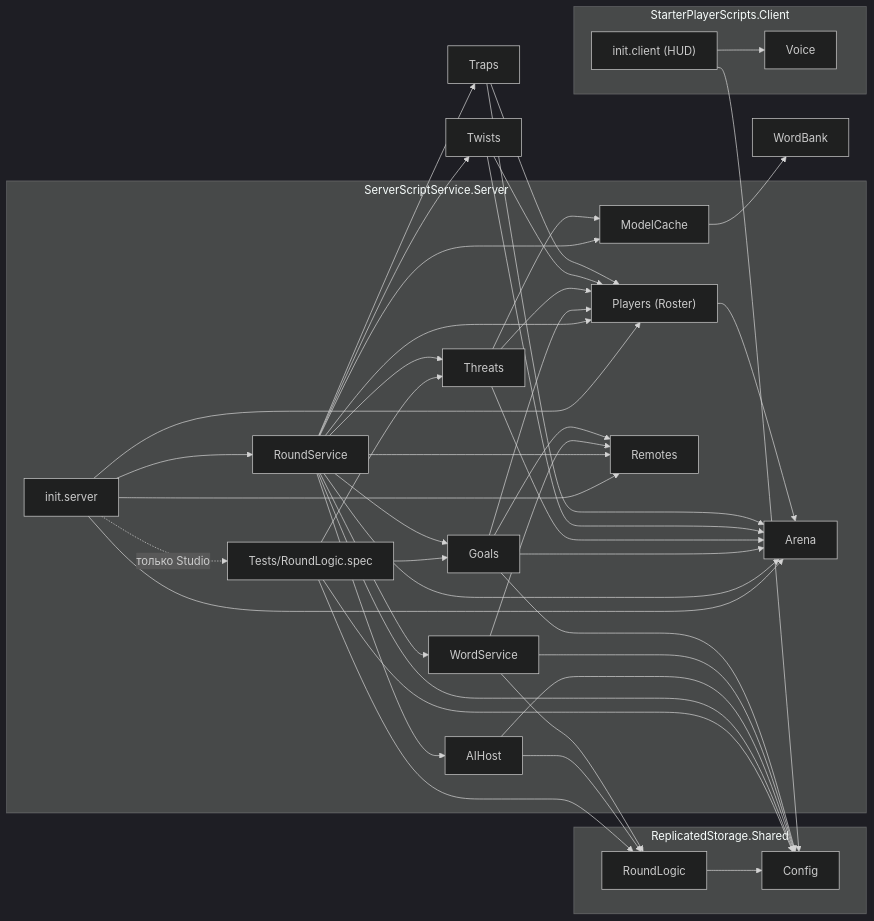
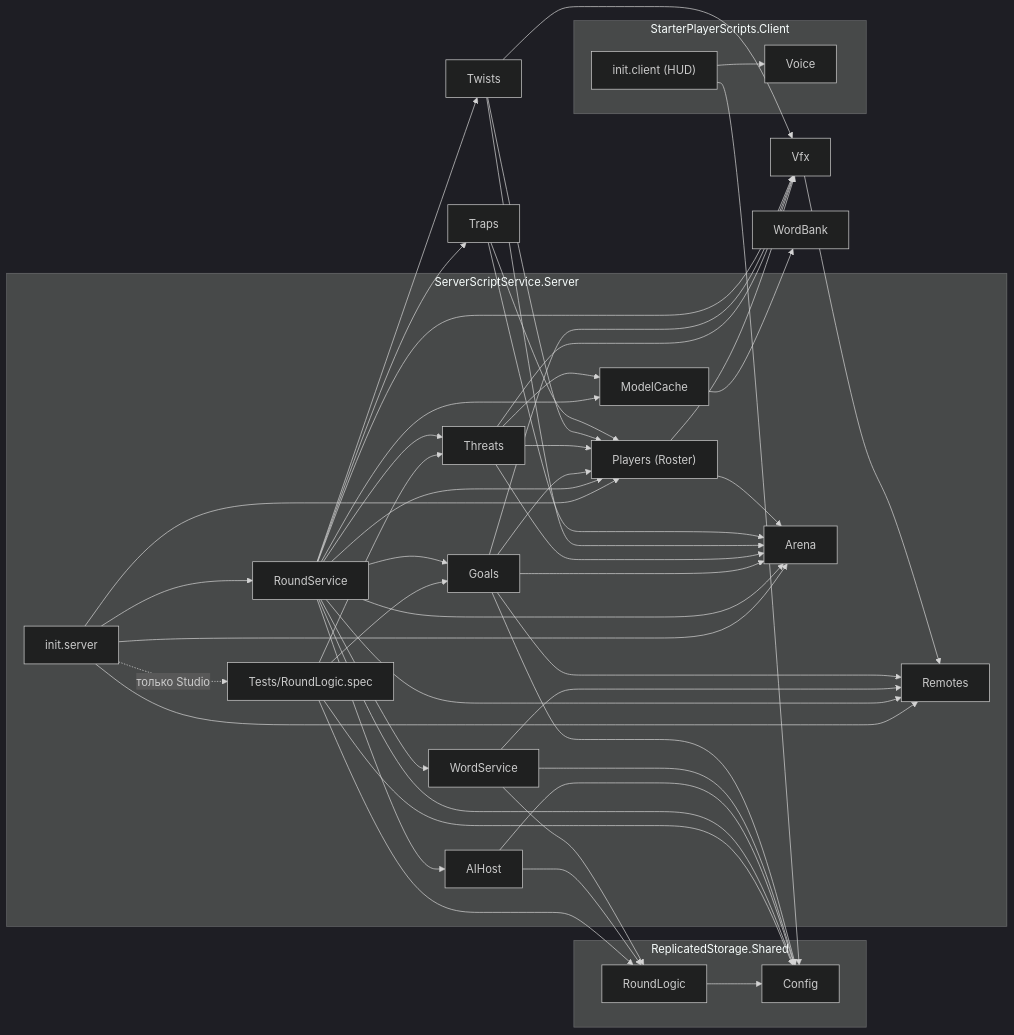
Before and after one commit to HageZERO2/AI-SAYS: the first of 3 diagrams in docs/GRAPH.md, drawn with Mermaid (dark theme). The commit also changed other lines of this file and 12 other files, not shown here.

````diff
--- a/docs/GRAPH.md
+++ b/docs/GRAPH.md
@@ -7,39 +7,41 @@
 ```mermaid
 graph LR
   subgraph Shared["ReplicatedStorage.Shared"]
     Config
     RoundLogic
   end
   subgraph Server["ServerScriptService.Server"]
     init["init.server"]
     Spec["Tests/RoundLogic.spec"]
     RoundService
     AIHost
     Goals
     Threats
     Players["Players (Roster)"]
     Arena
     WordService
     ModelCache
     Remotes
   end
   subgraph Client["StarterPlayerScripts.Client"]
     initc["init.client (HUD)"]
     Voice
   end
 
   init --> Remotes & Arena & Players & RoundService
   init -. только Studio .-> Spec
   Spec --> RoundLogic & Config & Goals & Threats
   RoundService --> AIHost & Goals & Threats & Traps & Twists & Players & Arena & WordService & ModelCache & Remotes & Config
   AIHost --> RoundLogic & Config
   WordService --> RoundLogic & Config & Remotes
   Goals --> Arena & Players & Config & Remotes
   Threats --> Arena & Players & ModelCache
   Twists --> Arena & Players
   Traps --> Arena & Players
+  Players & Threats & Goals & Twists & RoundService --> Vfx
+  Vfx --> Remotes
   ModelCache --> WordBank
   Players --> Arena
   RoundLogic --> Config
   initc --> Voice & Config
 ```
````
